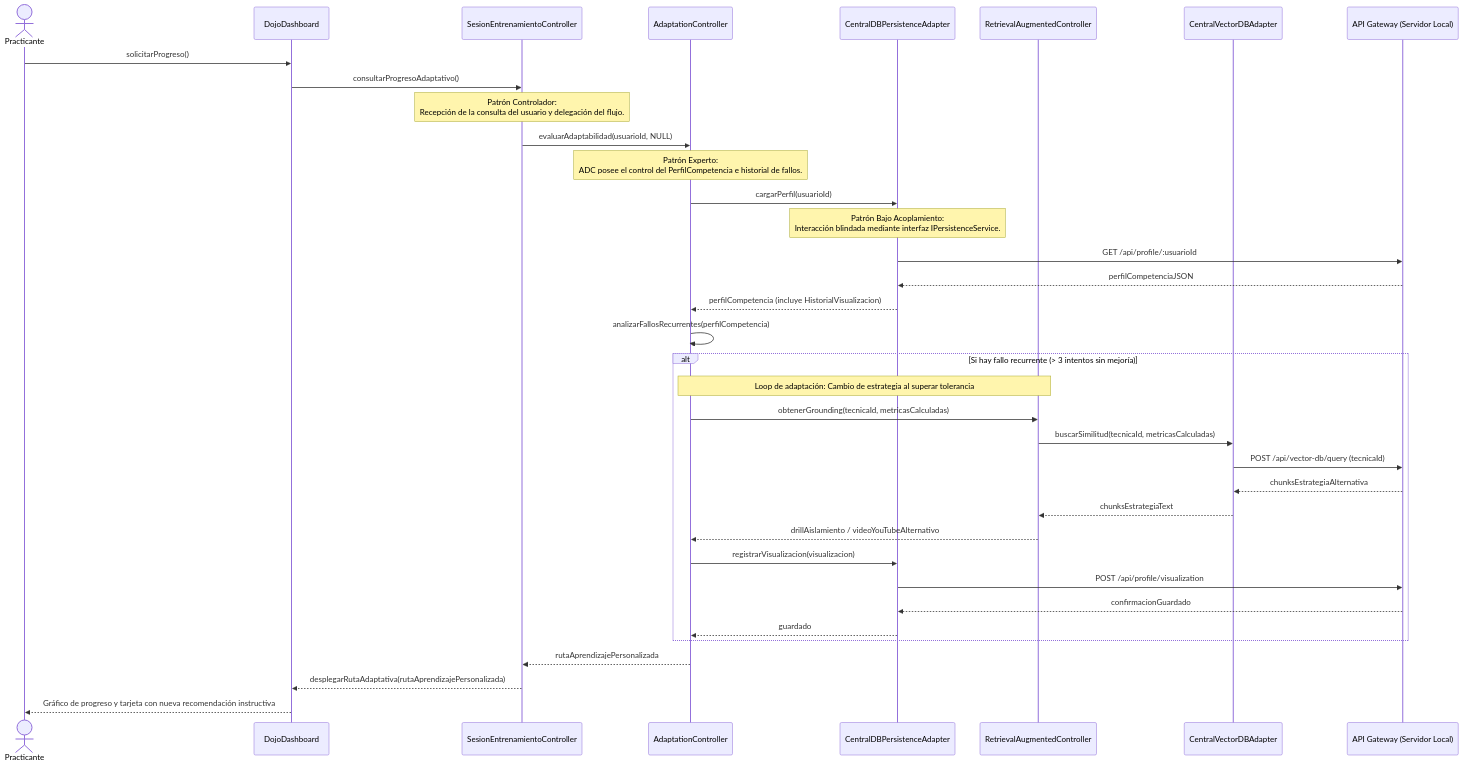
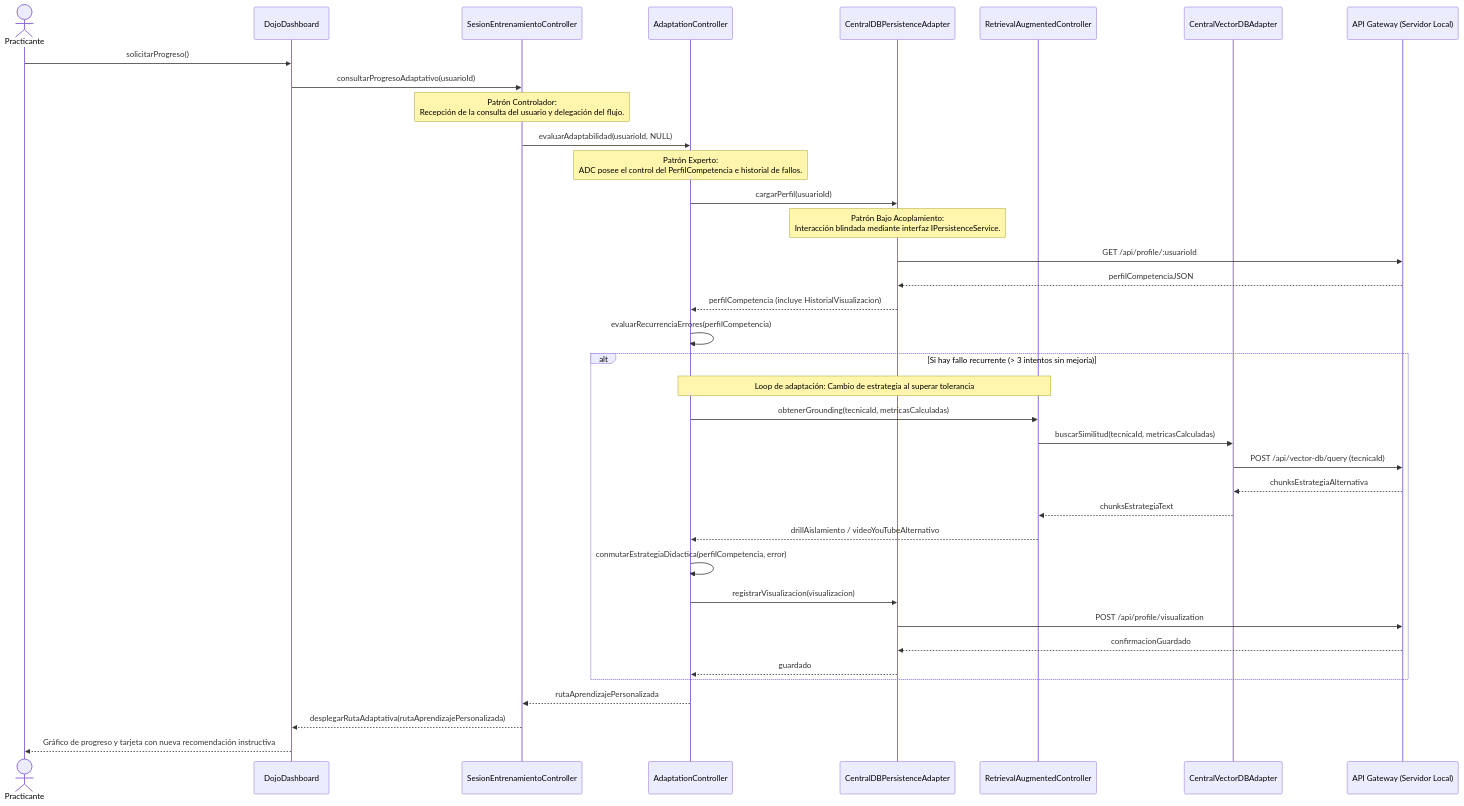
Before and after one commit to Tsmrain/Documentacion: diagram 11 of 14 in README.md, drawn with Mermaid. The commit also changed other lines of this file and 86 other files, not shown here.

````diff
--- a/README.md
+++ b/README.md
@@ -1491,44 +1595,45 @@
 ```mermaid
 sequenceDiagram
     actor Practicante
     participant UI as DojoDashboard
     participant SEC as SesionEntrenamientoController
     participant ADC as AdaptationController
     participant CPA as CentralDBPersistenceAdapter
     participant RAC as RetrievalAugmentedController
     participant VDB as CentralVectorDBAdapter
     participant API as API Gateway (Servidor Local)
     
     Practicante->>UI: solicitarProgreso()
-    UI->>SEC: consultarProgresoAdaptativo()
+    UI->>SEC: consultarProgresoAdaptativo(usuarioId)
     Note over SEC: Patrón Controlador:<br/>Recepción de la consulta del usuario y delegación del flujo.
     SEC->>ADC: evaluarAdaptabilidad(usuarioId, NULL)
     
     Note over ADC: Patrón Experto:<br/>ADC posee el control del PerfilCompetencia e historial de fallos.
     ADC->>CPA: cargarPerfil(usuarioId)
     Note over CPA: Patrón Bajo Acoplamiento:<br/>Interacción blindada mediante interfaz IPersistenceService.
     CPA->>API: GET /api/profile/:usuarioId
     API-->>CPA: perfilCompetenciaJSON
     CPA-->>ADC: perfilCompetencia (incluye HistorialVisualizacion)
     
-    ADC->>ADC: analizarFallosRecurrentes(perfilCompetencia)
+    ADC->>ADC: evaluarRecurrenciaErrores(perfilCompetencia)
     
     alt Si hay fallo recurrente (> 3 intentos sin mejoría)
         Note over ADC,RAC: Loop de adaptación: Cambio de estrategia al superar tolerancia
         ADC->>RAC: obtenerGrounding(tecnicaId, metricasCalculadas)
         RAC->>VDB: buscarSimilitud(tecnicaId, metricasCalculadas)
         VDB->>API: POST /api/vector-db/query (tecnicaId)
         API-->>VDB: chunksEstrategiaAlternativa
         VDB-->>RAC: chunksEstrategiaText
         RAC-->>ADC: drillAislamiento / videoYouTubeAlternativo
+        ADC->>ADC: conmutarEstrategiaDidactica(perfilCompetencia, error)
         
         ADC->>CPA: registrarVisualizacion(visualizacion)
         CPA->>API: POST /api/profile/visualization
         API-->>CPA: confirmacionGuardado
         CPA-->>ADC: guardado
     end
     
     ADC-->>SEC: rutaAprendizajePersonalizada
     SEC-->>UI: desplegarRutaAdaptativa(rutaAprendizajePersonalizada)
     UI-->>Practicante: Gráfico de progreso y tarjeta con nueva recomendación instructiva
 ```
````
